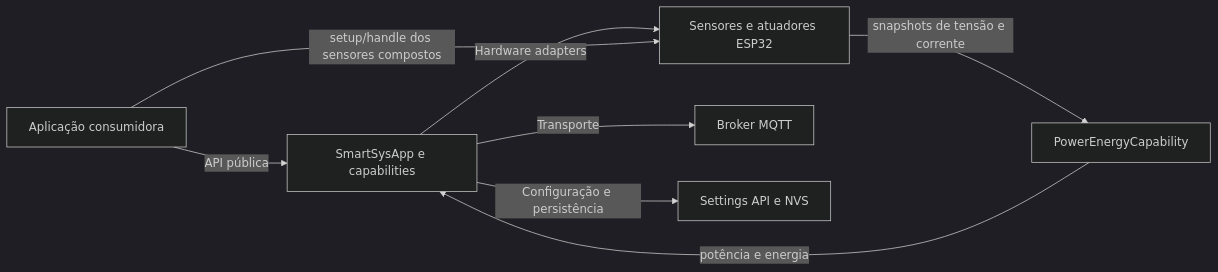
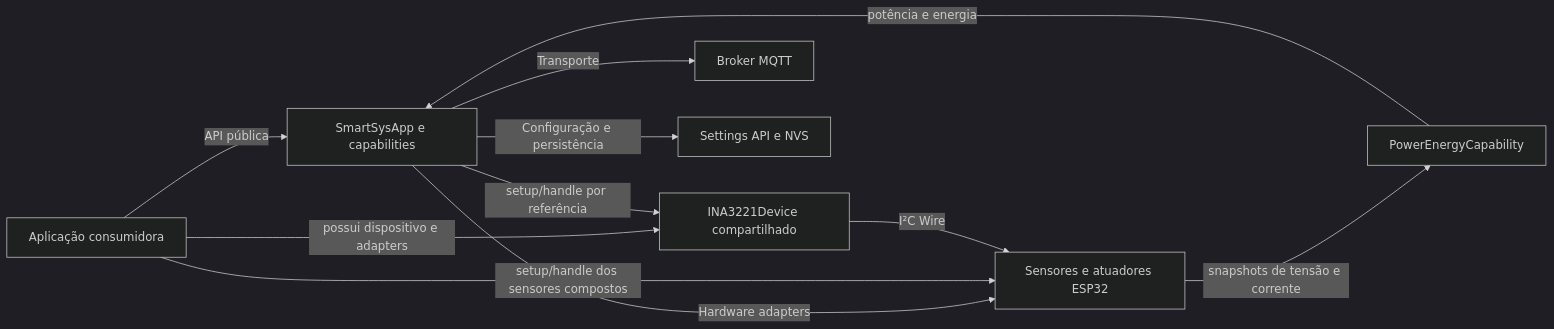
Before and after one commit to iotsmartsys/IoTSmartSysCore: the diagram in docs/rfc/KNOWLEDGE-MAP.md, drawn with Mermaid (dark theme). The commit also changed other lines of this file and 2 other files, not shown here.

Commit message:
docs(ina3221): specify voltage and current sensors

````diff
--- a/docs/rfc/KNOWLEDGE-MAP.md
+++ b/docs/rfc/KNOWLEDGE-MAP.md
@@ -101,10 +114,13 @@
 ```mermaid
 flowchart LR
     APP["Aplicação consumidora"] -->|"API pública"| CORE["SmartSysApp e capabilities"]
     CORE -->|"Hardware adapters"| HW["Sensores e atuadores ESP32"]
     APP -->|"setup/handle dos sensores compostos"| HW
+    APP -->|"possui dispositivo e adapters"| INA["INA3221Device compartilhado"]
+    CORE -->|"setup/handle por referência"| INA
+    INA -->|"I²C Wire"| HW
     HW -->|"snapshots de tensão e corrente"| POWER["PowerEnergyCapability"]
     POWER -->|"potência e energia"| CORE
     CORE -->|"Transporte"| MQTT["Broker MQTT"]
     CORE -->|"Configuração e persistência"| SETTINGS["Settings API e NVS"]
 ```
````
